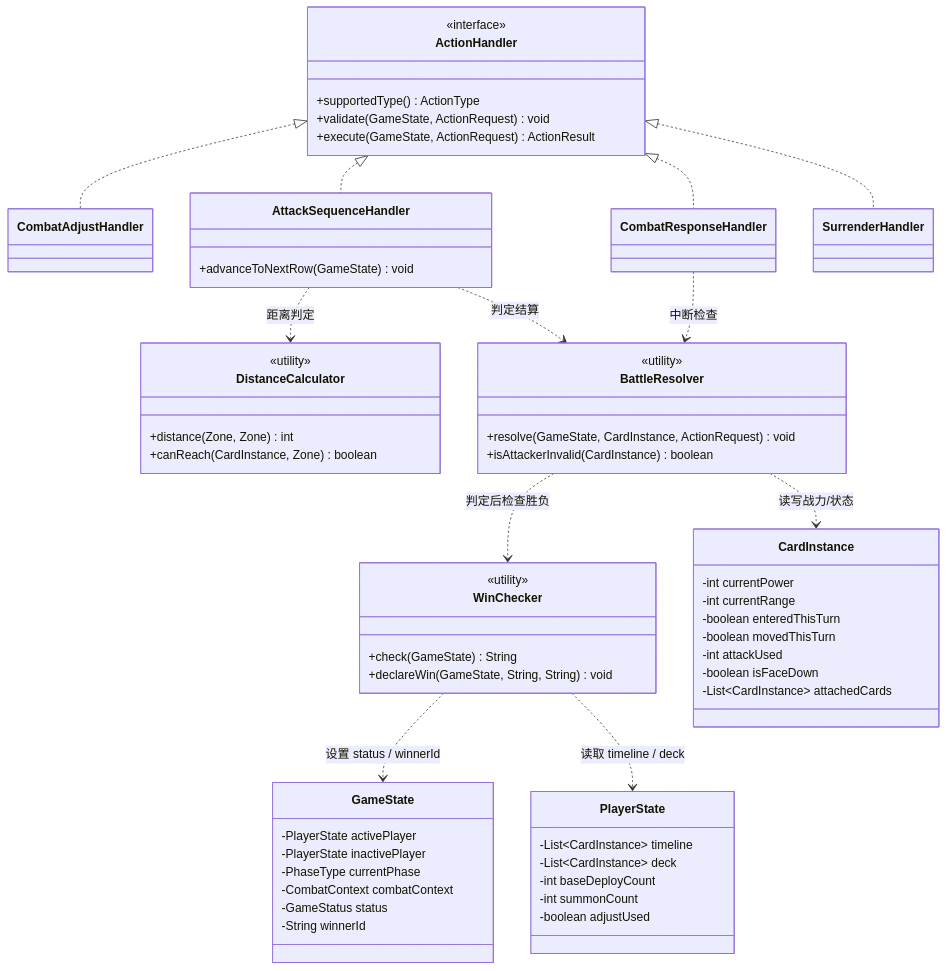
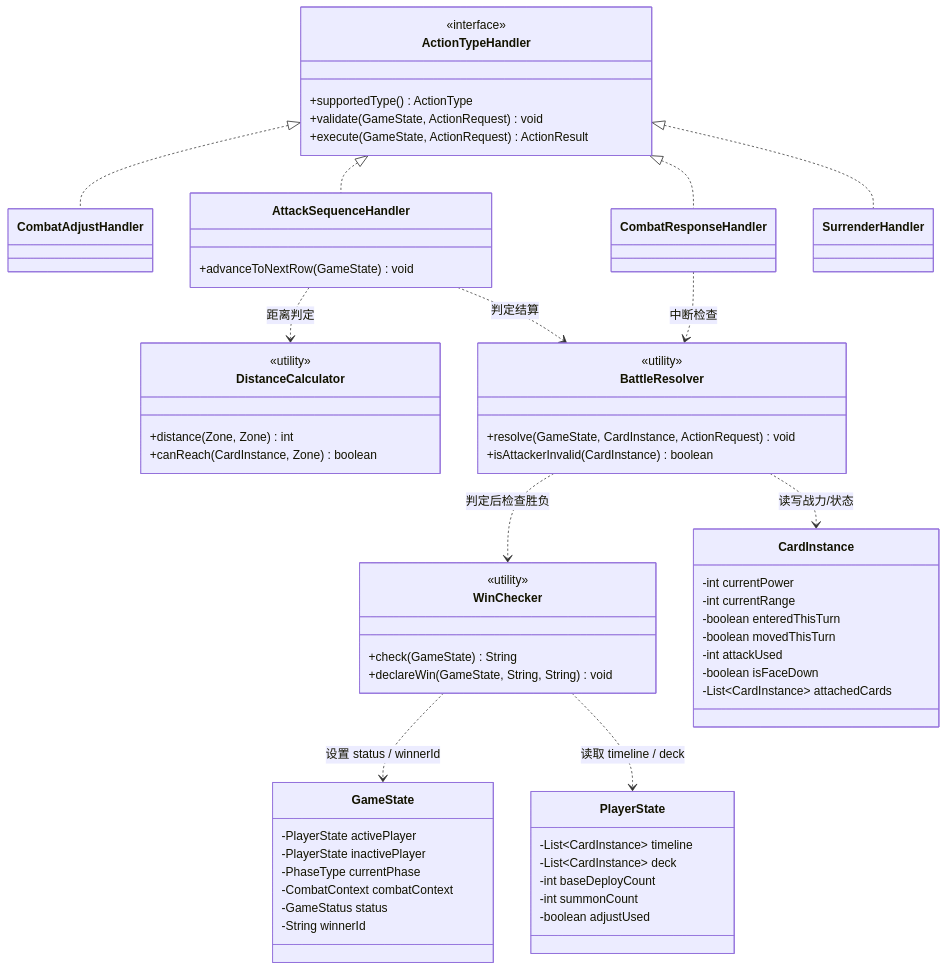
The third of 3 diagrams in docs/设计文档/07-详细设计-迭代五-引擎行动与战斗.md (yuJunOk/mtcg), drawn with Mermaid before and after one commit. The commit also changed other lines of this file and 7 other files, not shown here.

First line of the commit message:
refactor(engine): 重命名 ActionHandler 为 ActionPhaseHandler，更新相关文档与代码

````diff
--- a/docs/设计文档/07-详细设计-迭代五-引擎行动与战斗.md
+++ b/docs/设计文档/07-详细设计-迭代五-引擎行动与战斗.md
@@ -1220,74 +1220,74 @@
 ```mermaid
 classDiagram
-    class ActionHandler {
+    class ActionTypeHandler {
         <<interface>>
         +supportedType() ActionType
         +validate(GameState, ActionRequest) void
         +execute(GameState, ActionRequest) ActionResult
     }
 
     class CombatAdjustHandler
     class AttackSequenceHandler {
         +advanceToNextRow(GameState) void
     }
     class CombatResponseHandler
     class SurrenderHandler
 
     class DistanceCalculator {
         <<utility>>
         +distance(Zone, Zone) int
         +canReach(CardInstance, Zone) boolean
     }
 
     class BattleResolver {
         <<utility>>
         +resolve(GameState, CardInstance, ActionRequest) void
         +isAttackerInvalid(CardInstance) boolean
     }
 
     class WinChecker {
         <<utility>>
         +check(GameState) String
         +declareWin(GameState, String, String) void
     }
 
     class GameState {
         -PlayerState activePlayer
         -PlayerState inactivePlayer
         -PhaseType currentPhase
         -CombatContext combatContext
         -GameStatus status
         -String winnerId
     }
 
     class PlayerState {
         -List~CardInstance~ timeline
         -List~CardInstance~ deck
         -int baseDeployCount
         -int summonCount
         -boolean adjustUsed
     }
 
     class CardInstance {
         -int currentPower
         -int currentRange
         -boolean enteredThisTurn
         -boolean movedThisTurn
         -int attackUsed
         -boolean isFaceDown
         -List~CardInstance~ attachedCards
     }
 
-    ActionHandler <|.. CombatAdjustHandler
-    ActionHandler <|.. AttackSequenceHandler
-    ActionHandler <|.. CombatResponseHandler
-    ActionHandler <|.. SurrenderHandler
+    ActionTypeHandler <|.. CombatAdjustHandler
+    ActionTypeHandler <|.. AttackSequenceHandler
+    ActionTypeHandler <|.. CombatResponseHandler
+    ActionTypeHandler <|.. SurrenderHandler
 
     AttackSequenceHandler ..> DistanceCalculator : 距离判定
     AttackSequenceHandler ..> BattleResolver : 判定结算
     CombatResponseHandler ..> BattleResolver : 中断检查
     BattleResolver ..> WinChecker : 判定后检查胜负
     BattleResolver ..> CardInstance : 读写战力/状态
     WinChecker ..> GameState : 设置 status / winnerId
     WinChecker ..> PlayerState : 读取 timeline / deck
 ```
````
